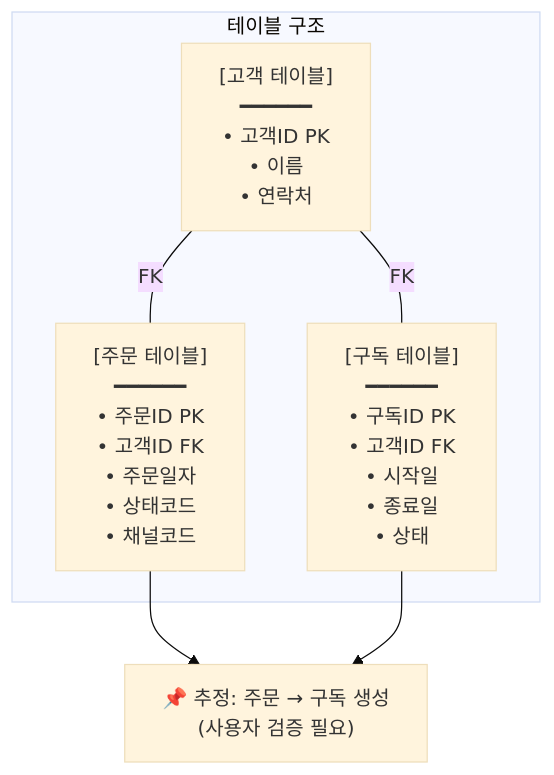
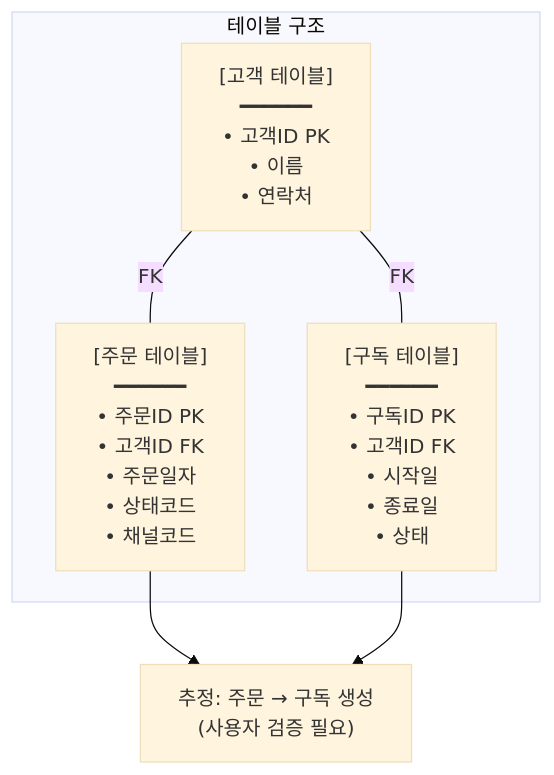
One commit to sknkwoxs/manual-book changed the fifth of 5 diagrams in src/content/docs/goodthinking-isp/02-analysis/investigation-guide.md. Above: the diagram before and after it, drawn with Mermaid (base theme). The commit also changed other lines of this file and 38 other files, not shown here.

````diff
--- a/src/content/docs/goodthinking-isp/02-analysis/investigation-guide.md
+++ b/src/content/docs/goodthinking-isp/02-analysis/investigation-guide.md
@@ -169,15 +171,15 @@
 ```mermaid
 graph TD
     subgraph tables["테이블 구조"]
         CUSTOMER["[고객 테이블]<br/>━━━━━━<br/>• 고객ID PK<br/>• 이름<br/>• 연락처"]
         ORDER["[주문 테이블]<br/>━━━━━━<br/>• 주문ID PK<br/>• 고객ID FK<br/>• 주문일자<br/>• 상태코드<br/>• 채널코드"]
         SUB["[구독 테이블]<br/>━━━━━━<br/>• 구독ID PK<br/>• 고객ID FK<br/>• 시작일<br/>• 종료일<br/>• 상태"]
     end
     
-    REL["📌 추정: 주문 → 구독 생성<br/>(사용자 검증 필요)"]
+    REL["추정: 주문 → 구독 생성<br/>(사용자 검증 필요)"]
     
     CUSTOMER ---|FK| ORDER
     CUSTOMER ---|FK| SUB
     ORDER --> REL
     SUB --> REL
 ```
````
